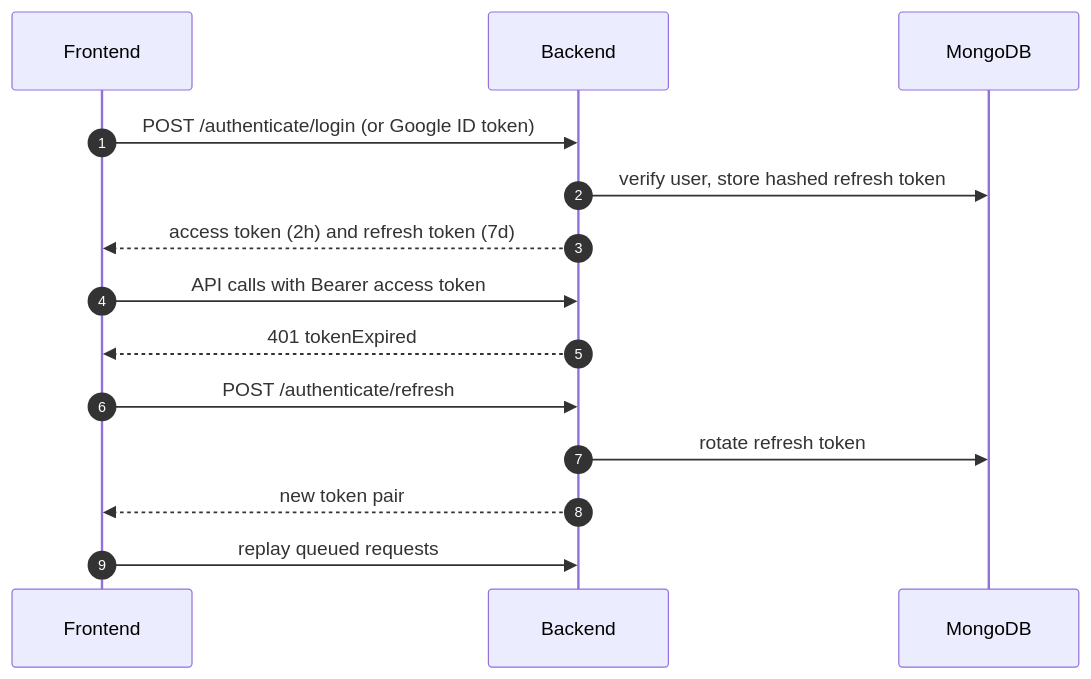
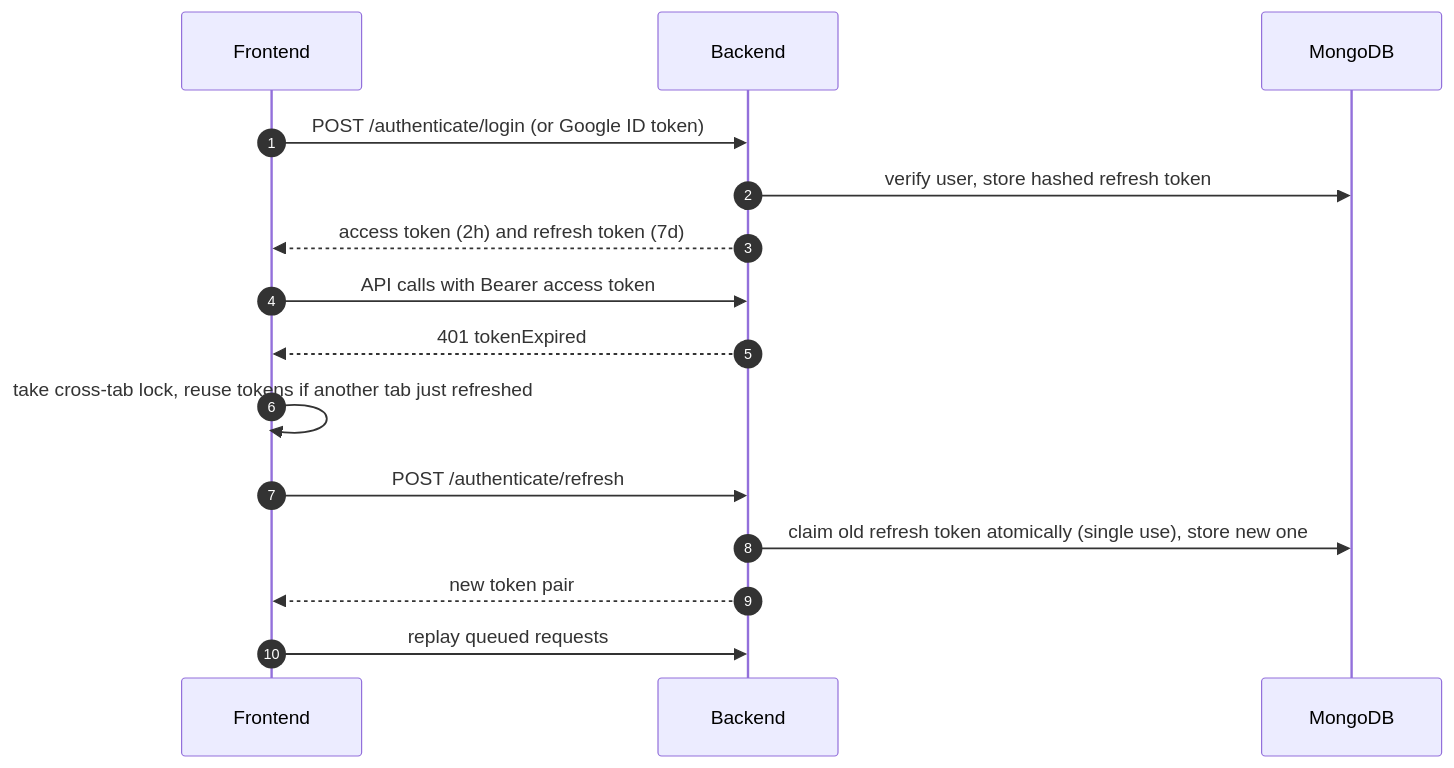
The seventh of 8 diagrams in docs/reference/hld.md (AskAide-AI/docs), drawn with Mermaid before and after one commit. The commit also changed other lines of this file and 46 other files, not shown here.

````diff
--- a/docs/reference/hld.md
+++ b/docs/reference/hld.md
@@ -299,16 +310,17 @@
 ```mermaid
 sequenceDiagram
     autonumber
     participant FE as Frontend
     participant BE as Backend
     participant DB as MongoDB
     FE->>BE: POST /authenticate/login (or Google ID token)
     BE->>DB: verify user, store hashed refresh token
     BE-->>FE: access token (2h) and refresh token (7d)
     FE->>BE: API calls with Bearer access token
     BE-->>FE: 401 tokenExpired
+    FE->>FE: take cross-tab lock, reuse tokens if another tab just refreshed
     FE->>BE: POST /authenticate/refresh
-    BE->>DB: rotate refresh token
+    BE->>DB: claim old refresh token atomically (single use), store new one
     BE-->>FE: new token pair
     FE->>BE: replay queued requests
 ```
````
